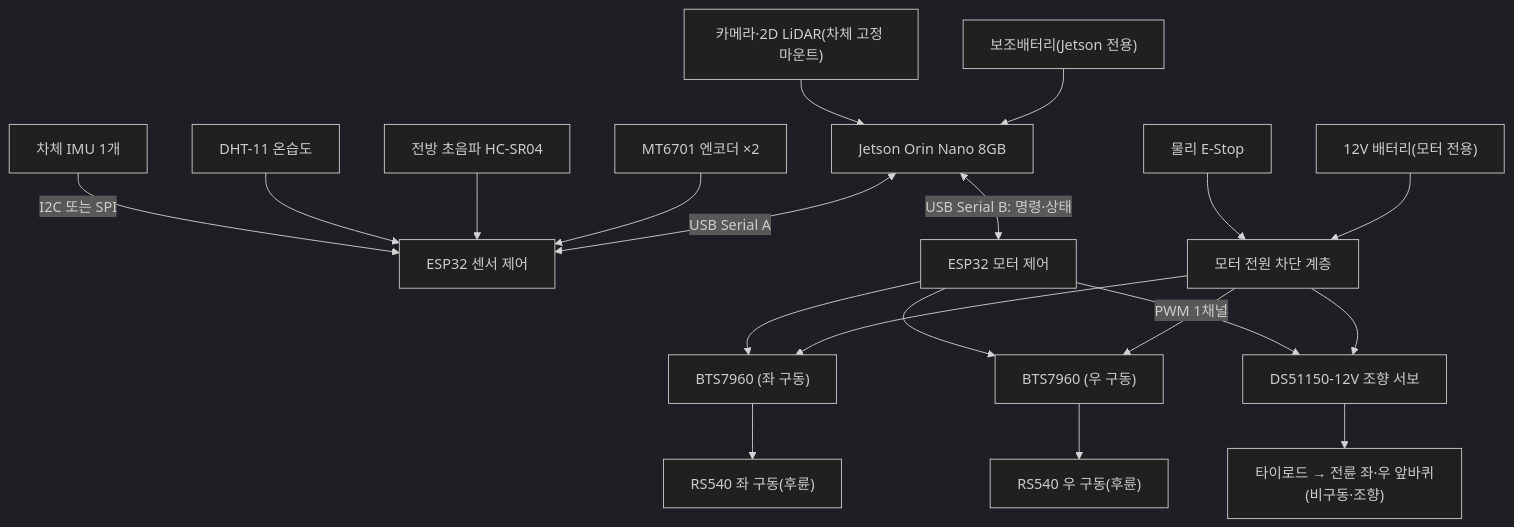
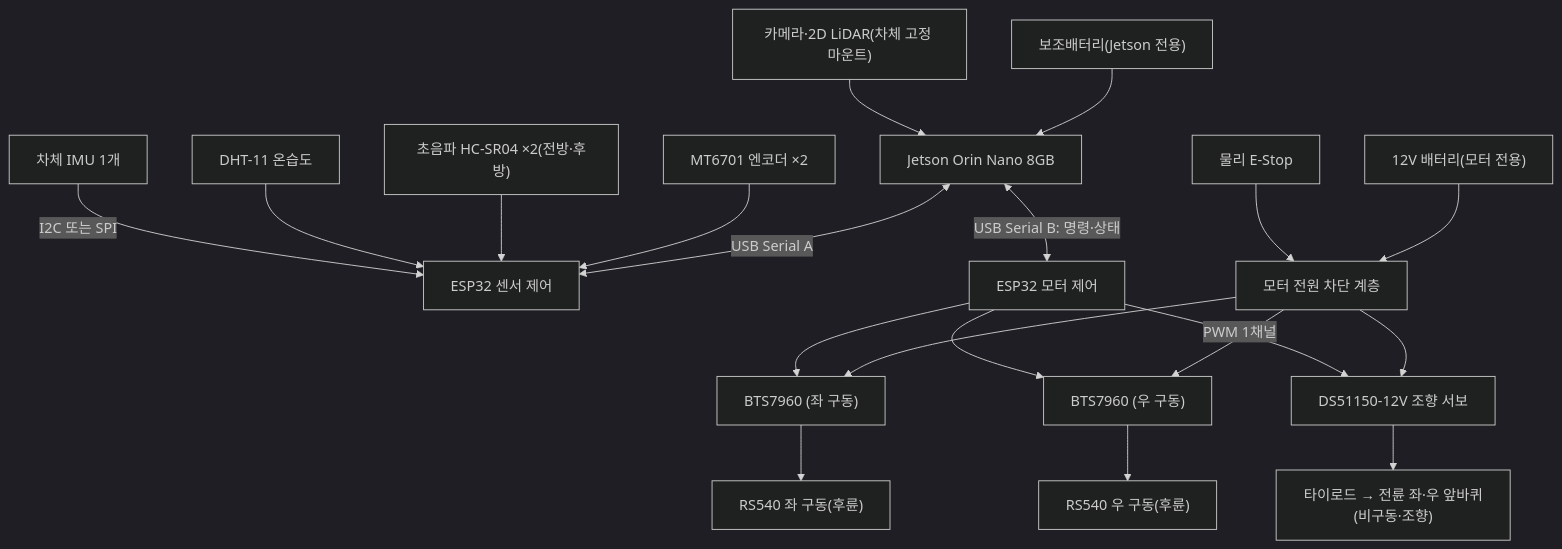
One commit to Common-AIOT/Sentinel-UGV changed the diagram in docs/02-하드웨어.md. Above: the diagram before and after it, drawn with Mermaid (dark theme). The commit also changed other lines of this file and 20 other files, not shown here.

````diff
--- a/docs/02-하드웨어.md
+++ b/docs/02-하드웨어.md
@@ -115,22 +118,22 @@
 ```mermaid
 flowchart TB
     sensors["카메라·2D LiDAR(차체 고정 마운트)"] --> jetson["Jetson Orin Nano 8GB"]
     imu["차체 IMU 1개"] -->|"I2C 또는 SPI"| esp32s
     environment["DHT-11 온습도"] --> esp32s["ESP32 센서 제어"]
-    ultrasonic["전방 초음파 HC-SR04"] --> esp32s
+    ultrasonic["초음파 HC-SR04 ×2(전방·후방)"] --> esp32s
     encoders["MT6701 엔코더 ×2"] --> esp32s
     jetson <-->|"USB Serial A"| esp32s
     jetson <-->|"USB Serial B: 명령·상태"| esp32m["ESP32 모터 제어"]
     esp32m --> driverL["BTS7960 (좌 구동)"]
     esp32m --> driverR["BTS7960 (우 구동)"]
     esp32m -->|"PWM 1채널"| servo["DS51150-12V 조향 서보"]
     driverL --> motorL["RS540 좌 구동(후륜)"]
     driverR --> motorR["RS540 우 구동(후륜)"]
     servo --> tierod["타이로드 → 전륜 좌·우 앞바퀴(비구동·조향)"]
     estop["물리 E-Stop"] --> power["모터 전원 차단 계층"]
     power --> driverL
     power --> driverR
     power --> servo
     battM["12V 배터리(모터 전용)"] --> power
     battJ["보조배터리(Jetson 전용)"] --> jetson
 ```
````
